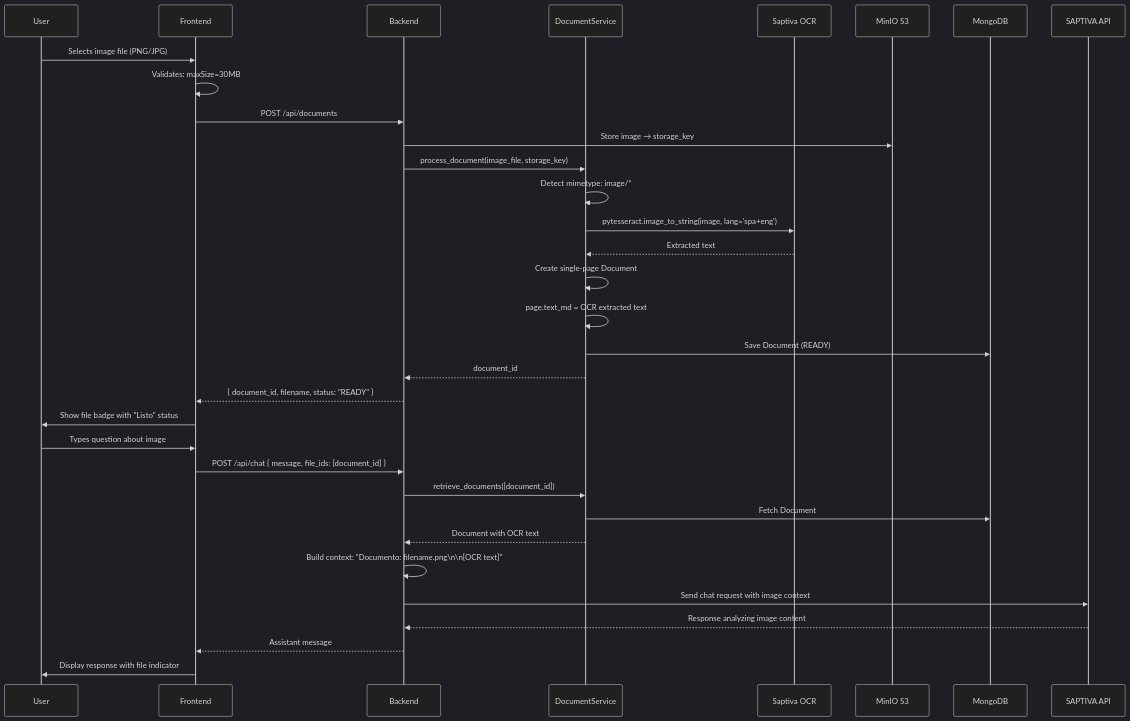
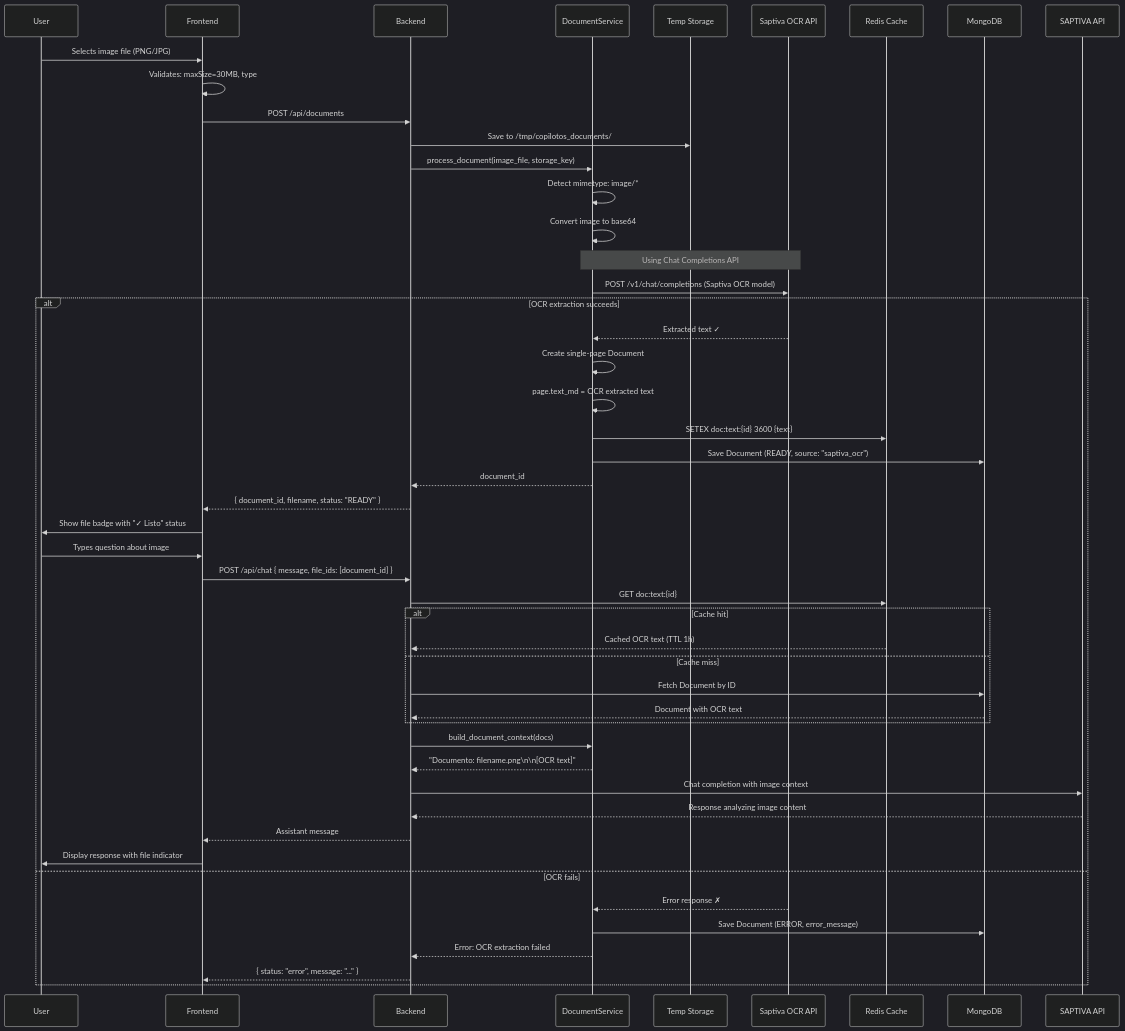
Before and after one commit to saptiva-ai/copilotos-bridge: the ninth of 10 diagrams in README.md, drawn with Mermaid (dark theme). The commit also changed other lines of this file and 47 other files, not shown here.

First line of the commit message:
docs: update architecture diagrams with Saptiva extraction strategy

````diff
--- a/README.md
+++ b/README.md
@@ -1288,45 +1426,62 @@
 ```mermaid
 sequenceDiagram
     participant U as User
     participant F as Frontend
     participant API as Backend
     participant DS as DocumentService
-    participant OCR as Saptiva OCR
-    participant Minio as MinIO S3
+    participant TempFS as Temp Storage
+    participant OCR as Saptiva OCR API
+    participant Cache as Redis Cache
     participant DB as MongoDB
     participant LLM as SAPTIVA API
 
     U->>F: Selects image file (PNG/JPG)
-    F->>F: Validates: maxSize=30MB
+    F->>F: Validates: maxSize=30MB, type
     F->>API: POST /api/documents
 
-    API->>Minio: Store image → storage_key
+    API->>TempFS: Save to /tmp/copilotos_documents/
     API->>DS: process_document(image_file, storage_key)
 
     DS->>DS: Detect mimetype: image/*
-    DS->>OCR: pytesseract.image_to_string(image, lang='spa+eng')
-    OCR-->>DS: Extracted text
+    DS->>DS: Convert image to base64
 
-    DS->>DS: Create single-page Document
-    DS->>DS: page.text_md = OCR extracted text
-    DS->>DB: Save Document (READY)
+    Note over DS,OCR: Using Chat Completions API
+    DS->>OCR: POST /v1/chat/completions (Saptiva OCR model)
 
-    DS-->>API: document_id
-    API-->>F: { document_id, filename, status: "READY" }
+    alt OCR extraction succeeds
+        OCR-->>DS: Extracted text ✓
+        DS->>DS: Create single-page Document
+        DS->>DS: page.text_md = OCR extracted text
+        DS->>Cache: SETEX doc:text:{id} 3600 {text}
+        DS->>DB: Save Document (READY, source: "saptiva_ocr")
 
-    F->>U: Show file badge with "Listo" status
+        DS-->>API: document_id
+        API-->>F: { document_id, filename, status: "READY" }
+        F->>U: Show file badge with "✓ Listo" status
 
-    U->>F: Types question about image
-    F->>API: POST /api/chat { message, file_ids: [document_id] }
+        U->>F: Types question about image
+        F->>API: POST /api/chat { message, file_ids: [document_id] }
 
-    API->>DS: retrieve_documents([document_id])
-    DS->>DB: Fetch Document
-    DS-->>API: Document with OCR text
+        API->>Cache: GET doc:text:{id}
+        alt Cache hit
+            Cache-->>API: Cached OCR text (TTL 1h)
+        else Cache miss
+            API->>DB: Fetch Document by ID
+            DB-->>API: Document with OCR text
+        end
 
-    API->>API: Build context: "Documento: filename.png\n\n[OCR text]"
-    API->>LLM: Send chat request with image context
-    LLM-->>API: Response analyzing image content
+        API->>DS: build_document_context(docs)
+        DS-->>API: "Documento: filename.png\n\n[OCR text]"
 
-    API-->>F: Assistant message
-    F->>U: Display response with file indicator
+        API->>LLM: Chat completion with image context
+        LLM-->>API: Response analyzing image content
+
+        API-->>F: Assistant message
+        F->>U: Display response with file indicator
+    else OCR fails
+        OCR-->>DS: Error response ✗
+        DS->>DB: Save Document (ERROR, error_message)
+        DS-->>API: Error: OCR extraction failed
+        API-->>F: { status: "error", message: "..." }
+    end
 ```
````
